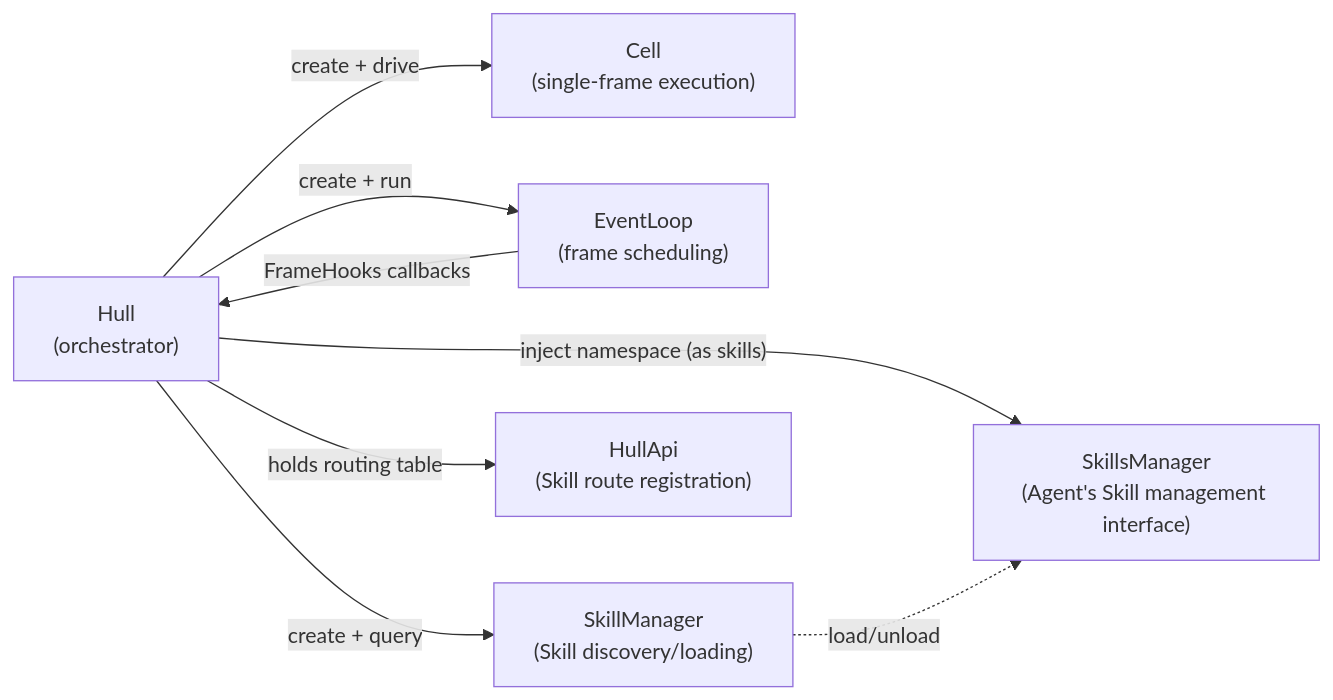
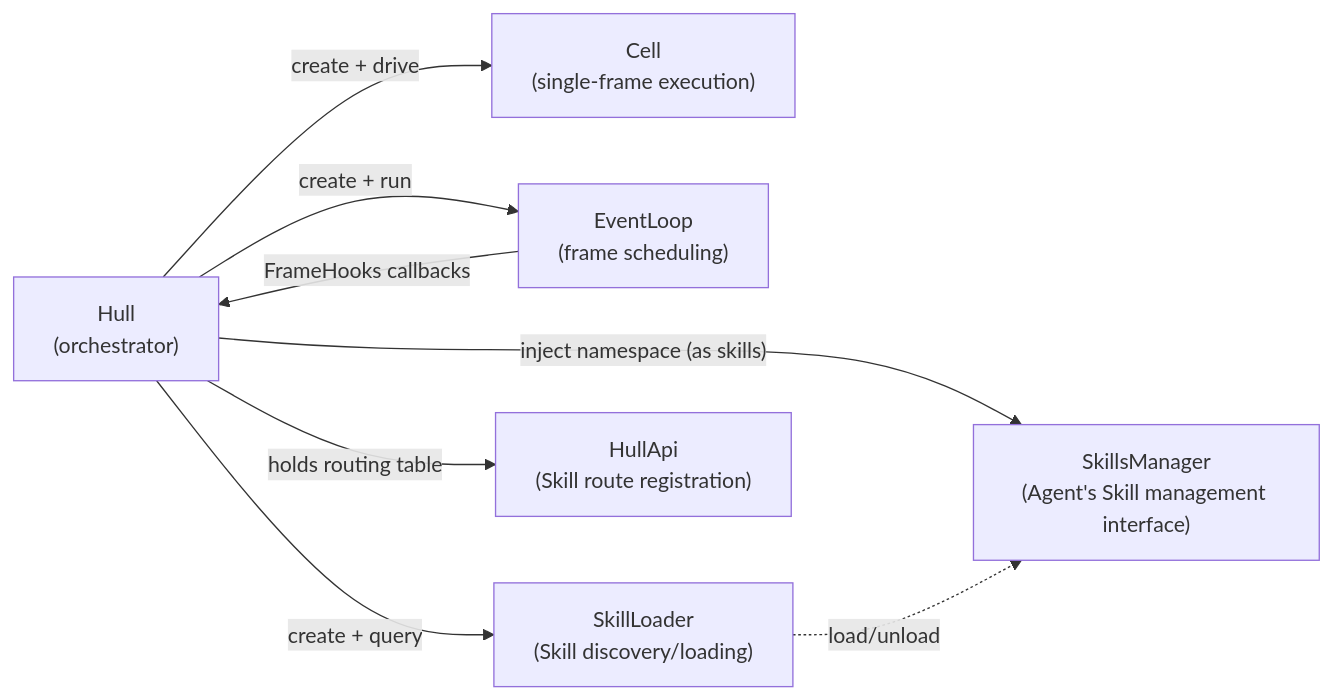
One commit to vessal-ai/vessal changed the first of 3 diagrams in src/vessal/ark/shell/hull/CONTEXT.md. Above: the diagram before and after it, drawn with Mermaid. The commit also changed other lines of this file and 12 other files, not shown here.

First line of the commit message:
refactor(hull): rename SkillManager to SkillLoader (P2 of layering refactor)

````diff
--- a/src/vessal/ark/shell/hull/CONTEXT.md
+++ b/src/vessal/ark/shell/hull/CONTEXT.md
@@ -32,17 +32,17 @@
 ```mermaid
 graph LR
     Hull["Hull\n(orchestrator)"]
     Cell["Cell\n(single-frame execution)"]
     EL["EventLoop\n(frame scheduling)"]
-    SM["SkillManager\n(Skill discovery/loading)"]
+    SM["SkillLoader\n(Skill discovery/loading)"]
     Meta["SkillsManager\n(Agent's Skill management interface)"]
     HullApi["HullApi\n(Skill route registration)"]
 
     Hull -->|"create + drive"| Cell
     Hull -->|"create + run"| EL
     Hull -->|"create + query"| SM
     Hull -->|"inject namespace (as skills)"| Meta
     Hull -->|"holds routing table"| HullApi
     SM -.->|"load/unload"| Meta
     EL -->|"FrameHooks callbacks"| Hull
 ```
````
